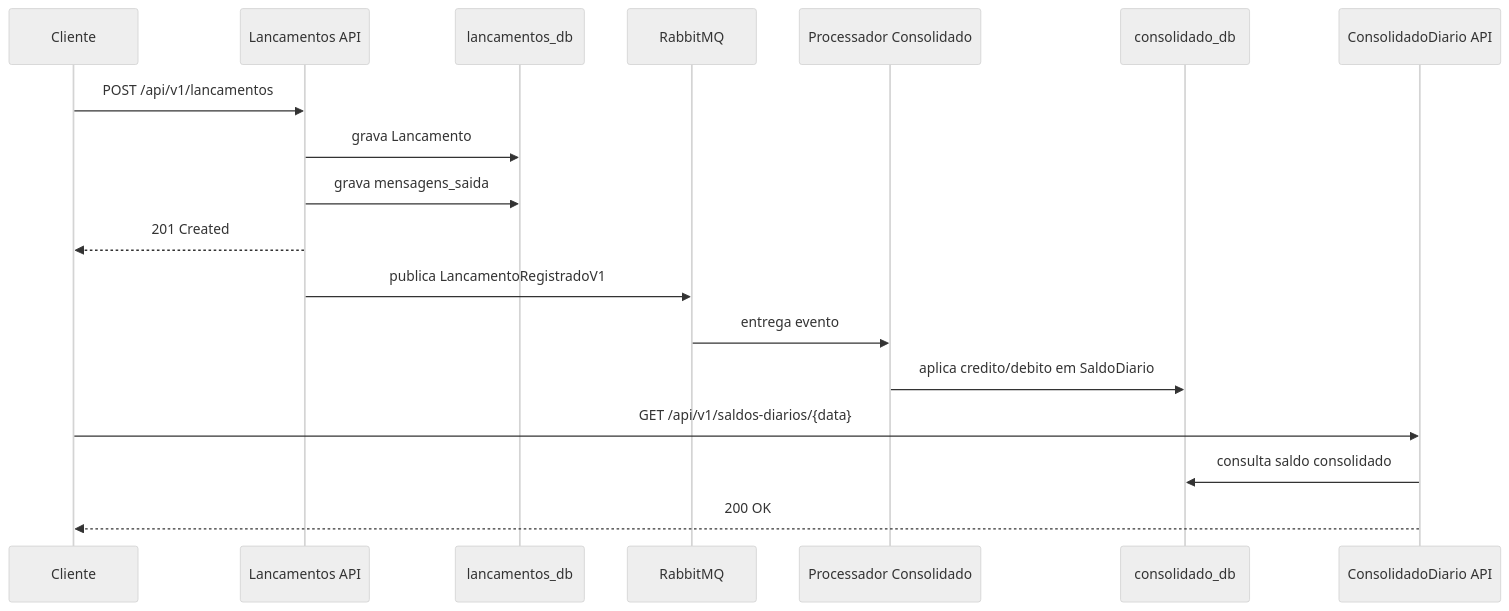
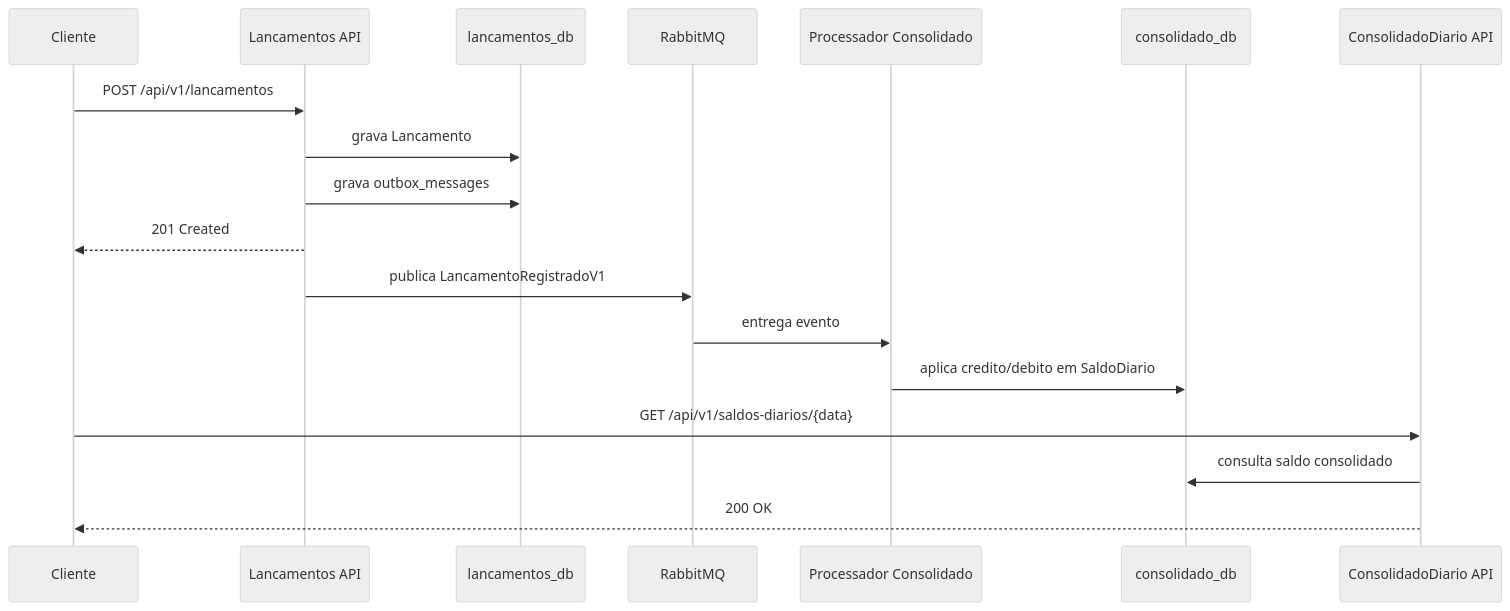
The second of 3 diagrams in docs/DIAGRAMAS.md (w-ess/lancamentos), drawn with Mermaid (neutral theme) before and after one commit. The commit also changed other lines of this file and 99 other files, not shown here.

````diff
--- a/docs/DIAGRAMAS.md
+++ b/docs/DIAGRAMAS.md
@@ -31,21 +31,21 @@
 ```mermaid
 sequenceDiagram
     participant C as Cliente
     participant L as Lancamentos API
     participant LD as lancamentos_db
     participant R as RabbitMQ
     participant P as Processador Consolidado
     participant CD as consolidado_db
     participant A as ConsolidadoDiario API
 
     C->>L: POST /api/v1/lancamentos
     L->>LD: grava Lancamento
-    L->>LD: grava mensagens_saida
+    L->>LD: grava outbox_messages
     L-->>C: 201 Created
     L->>R: publica LancamentoRegistradoV1
     R->>P: entrega evento
     P->>CD: aplica credito/debito em SaldoDiario
     C->>A: GET /api/v1/saldos-diarios/{data}
     A->>CD: consulta saldo consolidado
     A-->>C: 200 OK
 ```
````
